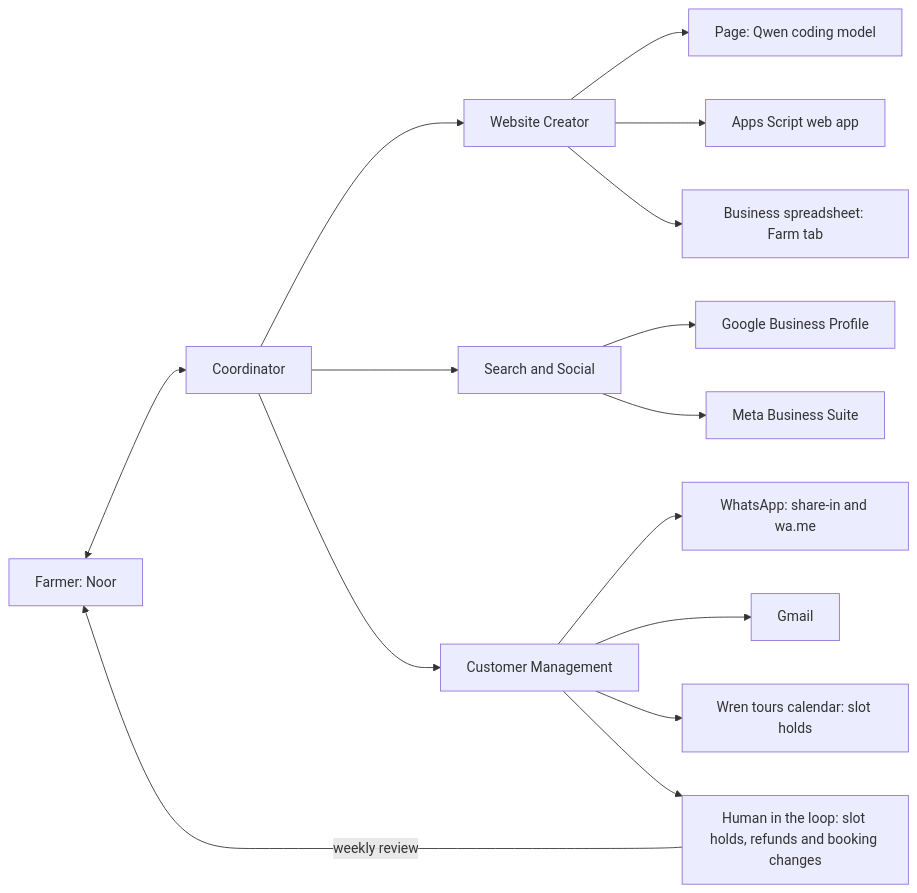
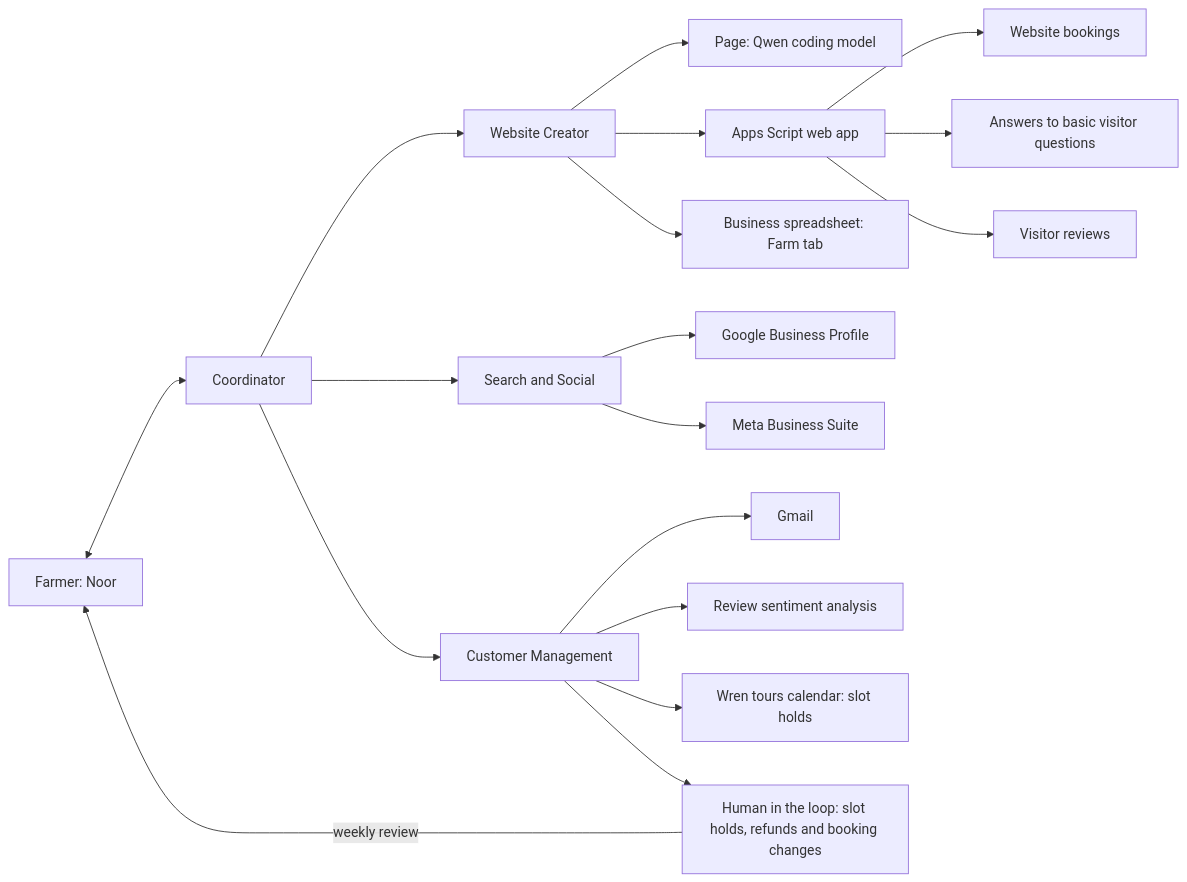
The diagram in docs/architecture.md (reversely/hacknation), drawn with Mermaid before and after one commit. The commit also changed other lines of this file, not shown here.

First line of the commit message:
docs(architecture): set the MVP to website creation and drop WhatsApp

````diff
--- a/docs/architecture.md
+++ b/docs/architecture.md
@@ -61,17 +63,20 @@
 ```mermaid
 flowchart LR
     F["Farmer: Noor"] <--> C["Coordinator"]
     C --> WCR["Website Creator"]
     WCR --> FE["Page: Qwen coding model"]
     WCR --> AS["Apps Script web app"]
+    AS --> WB["Website bookings"]
+    AS --> WQ["Answers to basic visitor questions"]
+    AS --> WR["Visitor reviews"]
     WCR --> GS["Business spreadsheet: Farm tab"]
     C --> SS["Search and Social"]
     SS --> GB["Google Business Profile"]
     SS --> MBS["Meta Business Suite"]
     C --> CM["Customer Management"]
-    CM --> WA["WhatsApp: share-in and wa.me"]
     CM --> GM["Gmail"]
+    CM --> RS["Review sentiment analysis"]
     CM --> CAL["Wren tours calendar: slot holds"]
     CM --> Q["Human in the loop: slot holds, refunds and booking changes"]
     Q -->|"weekly review"| F
 ```
````
